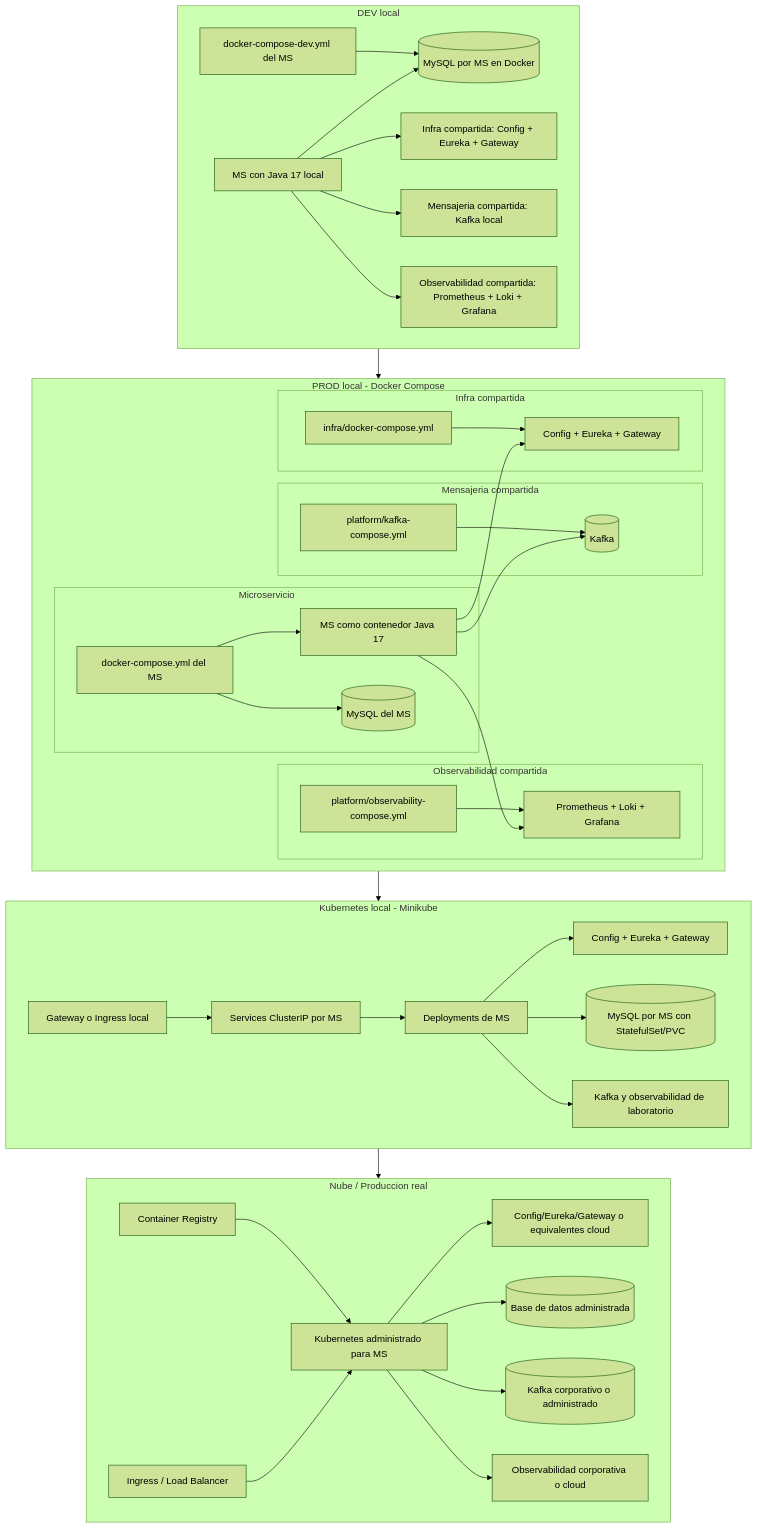
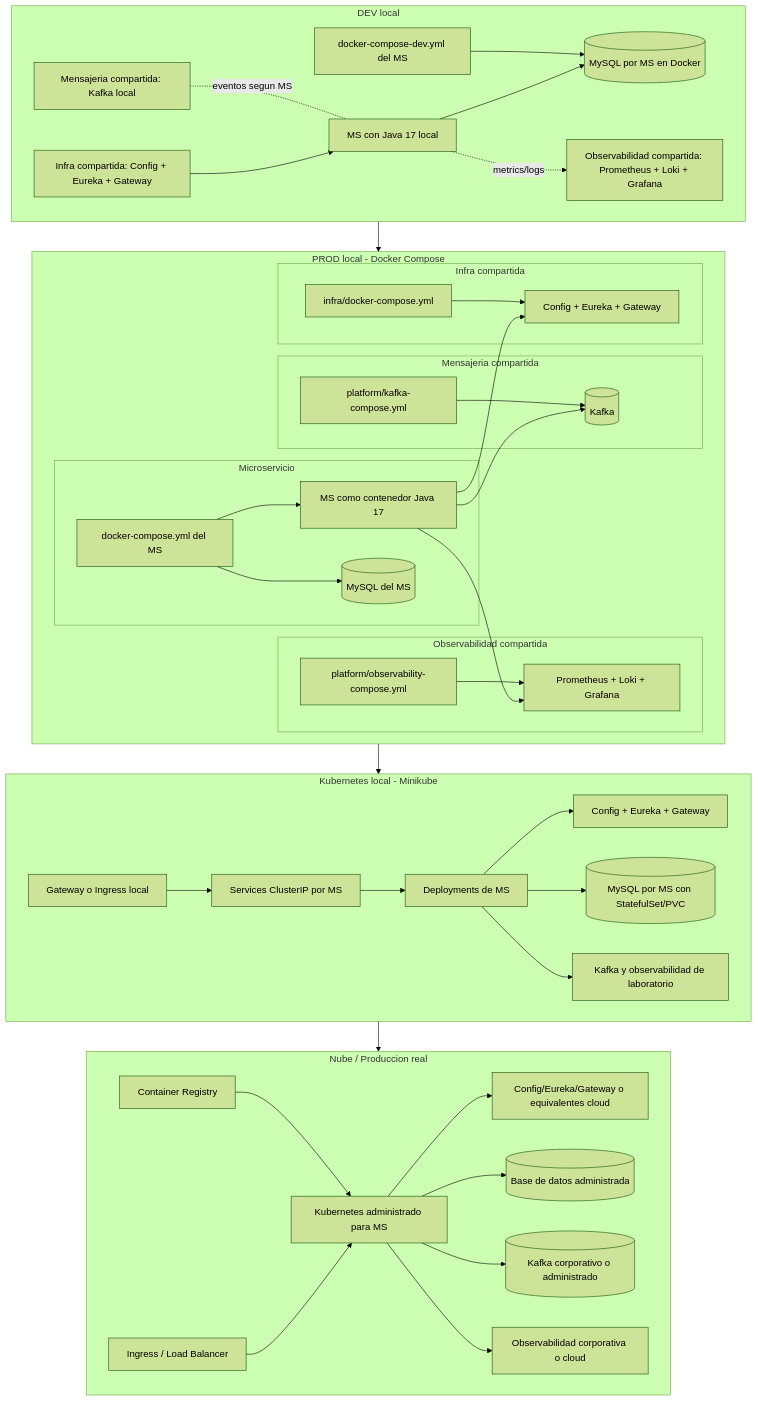
Before and after one commit to 262dist/pagatu: the tenth of 10 diagrams in README.md, drawn with Mermaid (forest theme).

````diff
--- a/README.md
+++ b/README.md
@@ -545,80 +545,81 @@
 ```mermaid
 flowchart TB
     subgraph dev[DEV local]
+        devmessaging[Mensajeria compartida: Kafka local]
+        devshared[Infra compartida: Config + Eureka + Gateway]
+        devmscompose[docker-compose-dev.yml del MS]
+        devmysql[(MySQL por MS en Docker)]
         devjava[MS con Java 17 local]
-        devmscompose[docker-compose-dev.yml del MS]
-        devshared[Infra compartida: Config + Eureka + Gateway]
-        devmessaging[Mensajeria compartida: Kafka local]
         devobs[Observabilidad compartida: Prometheus + Loki + Grafana]
-        devmysql[(MySQL por MS en Docker)]
+
+        devmessaging -. eventos segun MS .- devjava
+        devshared --> devjava
         devmscompose --> devmysql
-        devjava --> devshared
-        devjava --> devmessaging
-        devjava --> devobs
         devjava --> devmysql
+        devjava -. metrics/logs .-> devobs
     end
 
     subgraph compose[PROD local - Docker Compose]
         subgraph composeinfraBox[Infra compartida]
             infracompose[infra/docker-compose.yml]
             composeinfra[Config + Eureka + Gateway]
             infracompose --> composeinfra
         end
 
         subgraph messagingBox[Mensajeria compartida]
             kafkacompose[platform/kafka-compose.yml]
             composekafka[(Kafka)]
             kafkacompose --> composekafka
         end
 
         subgraph observabilityBox[Observabilidad compartida]
             obscompose[platform/observability-compose.yml]
             obsstack[Prometheus + Loki + Grafana]
             obscompose --> obsstack
         end
 
         subgraph composemsBox[Microservicio]
             mscompose[docker-compose.yml del MS]
             composems[MS como contenedor Java 17]
             composedb[(MySQL del MS)]
             mscompose --> composems
             mscompose --> composedb
         end
 
         composems --> composeinfra
         composems --> composekafka
         composems --> obsstack
     end
 
     subgraph k8slocal[Kubernetes local - Minikube]
         k8sinfra[Config + Eureka + Gateway]
         k8sdeploy[Deployments de MS]
         k8ssvc[Services ClusterIP por MS]
         k8sdb[(MySQL por MS con StatefulSet/PVC)]
         k8splatform[Kafka y observabilidad de laboratorio]
         k8sing[Gateway o Ingress local]
         k8sing --> k8ssvc
         k8ssvc --> k8sdeploy
         k8sdeploy --> k8sinfra
         k8sdeploy --> k8sdb
         k8sdeploy --> k8splatform
     end
 
     subgraph cloud[Nube / Produccion real]
         cloudk8s[Kubernetes administrado para MS]
         registry[Container Registry]
         manageddb[(Base de datos administrada)]
         managedkafka[(Kafka corporativo o administrado)]
         managedobs[Observabilidad corporativa o cloud]
         cloudinfra[Config/Eureka/Gateway o equivalentes cloud]
         ingress[Ingress / Load Balancer]
         registry --> cloudk8s
         ingress --> cloudk8s
         cloudk8s --> cloudinfra
         cloudk8s --> manageddb
         cloudk8s --> managedkafka
         cloudk8s --> managedobs
     end
 
     dev --> compose --> k8slocal --> cloud
 ```
````
